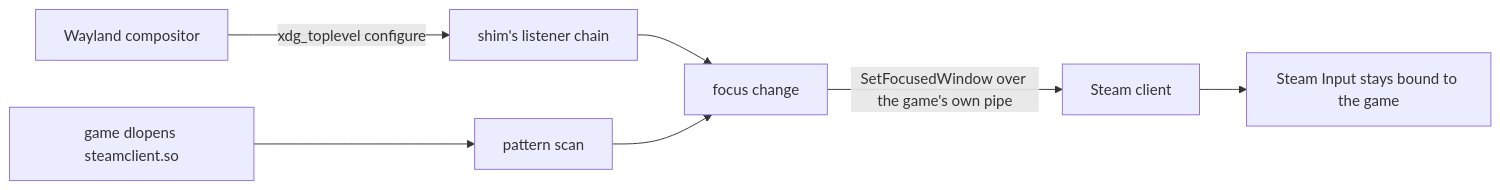
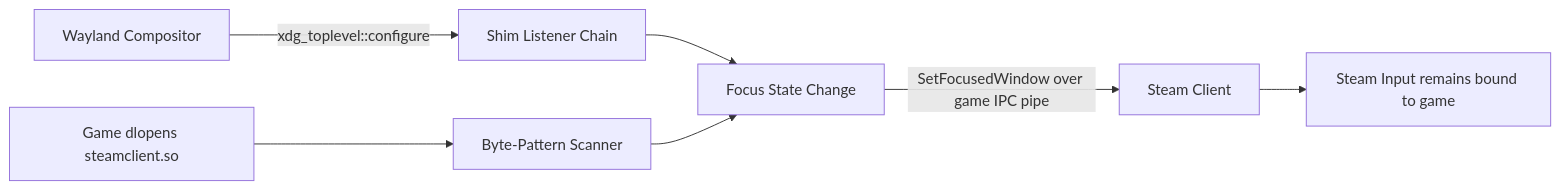
The diagram in HOWITWORKS.md (MaslovKK/wl-steaminput), drawn with Mermaid before and after one commit. The commit also changed other lines of this file and 2 other files, not shown here.

````diff
--- a/HOWITWORKS.md
+++ b/HOWITWORKS.md
@@ -7,9 +5,10 @@
 ```mermaid
 flowchart LR
-    W[Wayland compositor] -- "xdg_toplevel configure" --> H[shim's listener chain]
-    D[game dlopens steamclient.so] --> R[pattern scan]
-    H --> F[focus change]
+    W[Wayland Compositor] -- "xdg_toplevel::configure" --> H[Shim Listener Chain]
+    D[Game dlopens steamclient.so] --> R[Byte-Pattern Scanner]
+    H --> F[Focus State Change]
     R --> F
-    F -- "SetFocusedWindow over the game's own pipe" --> C[Steam client]
-    C --> I[Steam Input stays bound to the game]
+    F -- "SetFocusedWindow over game IPC pipe" --> C[Steam Client]
+    C --> I[Steam Input remains bound to game]
+
 ```
````
